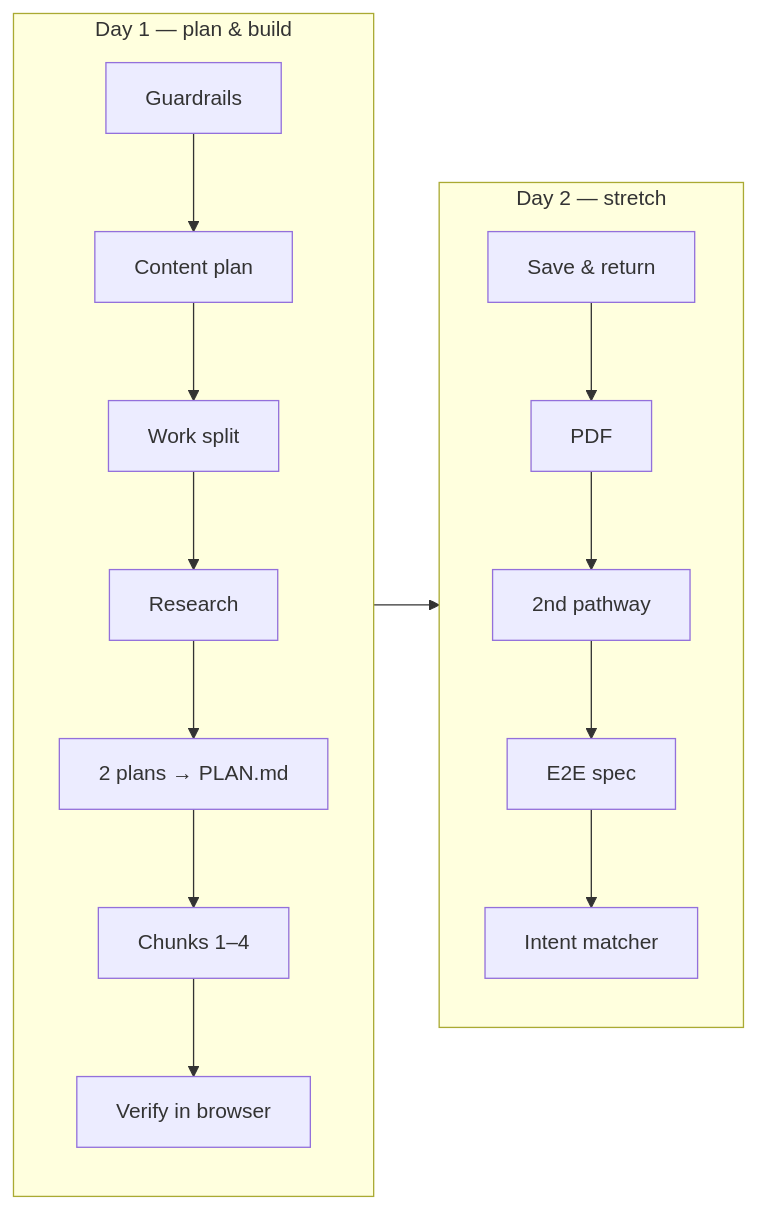
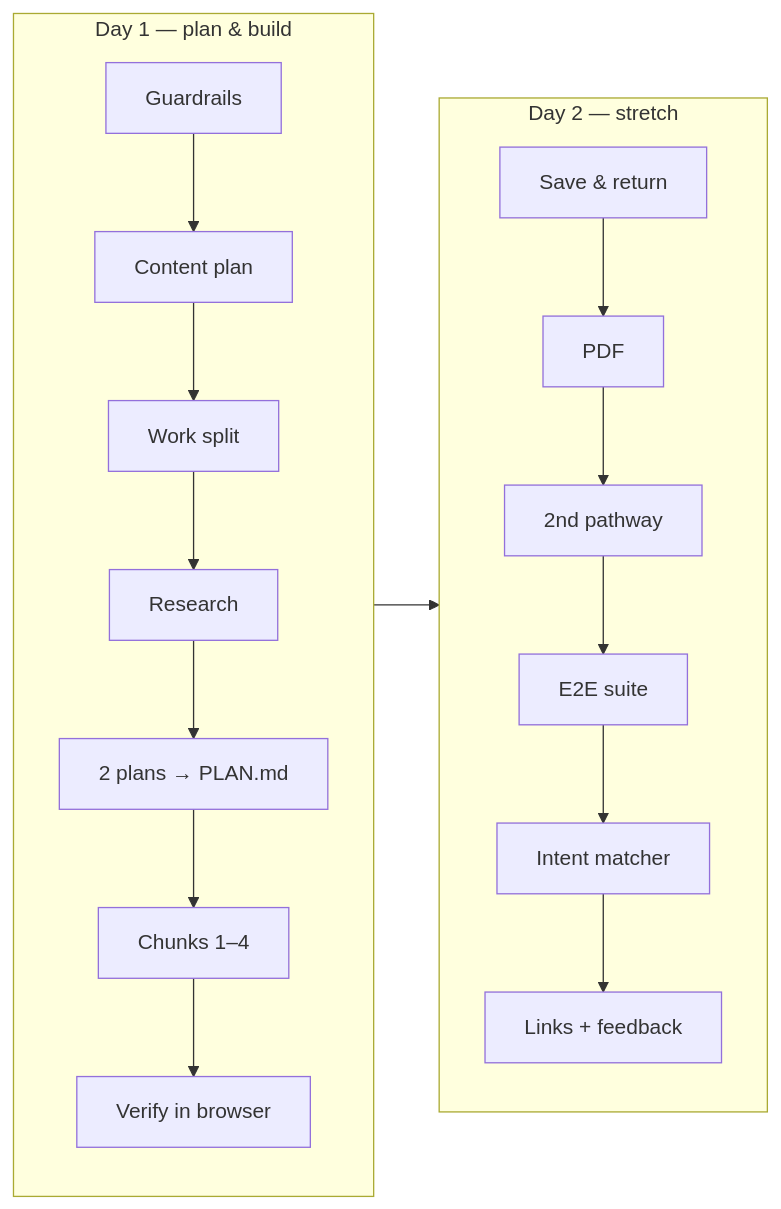
Before and after one commit to JackSwerdlow/ai-accelerator-hackathons: diagram 12 of 12 in wk03/presentation/hackathon-process-deck.md, drawn with Mermaid. The commit also changed other lines of this file, not shown here.

First line of the commit message:
[Agent-Dale] Update deck for new main work (E2E suite, feedback, links)

````diff
--- a/wk03/presentation/hackathon-process-deck.md
+++ b/wk03/presentation/hackathon-process-deck.md
@@ -426,13 +430,13 @@
 ```mermaid
 flowchart LR
   subgraph Day1[Day 1 — plan & build]
     direction TB
     G1[Guardrails] --> P1[Content plan] --> W1[Work split] --> RS[Research]
     RS --> PL[2 plans → PLAN.md] --> CH[Chunks 1–4] --> V[Verify in browser]
   end
   subgraph Day2[Day 2 — stretch]
     direction TB
-    ST1[Save & return] --> ST2[PDF] --> ST3[2nd pathway] --> ST4[E2E spec] --> ST5[Intent matcher]
+    ST1[Save & return] --> ST2[PDF] --> ST3[2nd pathway] --> ST4[E2E suite] --> ST5[Intent matcher] --> ST6[Links + feedback]
   end
   Day1 --> Day2
 ```
````
